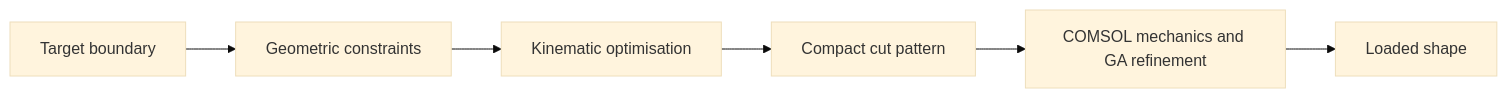
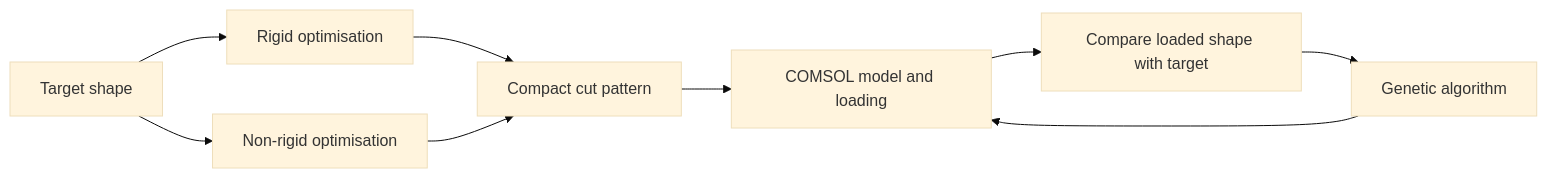
One commit to seanYinguoe/Inverse_Design_of_2D_Kirigami changed the diagram in README.md. Above: the diagram before and after it, drawn with Mermaid (base theme). The commit also changed other lines of this file and 124 other files, not shown here.

Commit message:
Focus paper one on kinematic design and COMSOL refinement

````diff
--- a/README.md
+++ b/README.md
@@ -16,8 +10,11 @@
 ```mermaid
 flowchart LR
-  A[Target boundary] --> B[Geometric constraints]
-  B --> C[Kinematic optimisation]
-  C --> D[Compact cut pattern]
-  D --> E[COMSOL mechanics and GA refinement]
-  E --> F[Loaded shape]
+    T[Target shape] --> R[Rigid optimisation]
+    T --> N[Non-rigid optimisation]
+    R --> C[Compact cut pattern]
+    N --> C
+    C --> F[COMSOL model and loading]
+    F --> E[Compare loaded shape with target]
+    E --> G[Genetic algorithm]
+    G --> F
 ```
````
